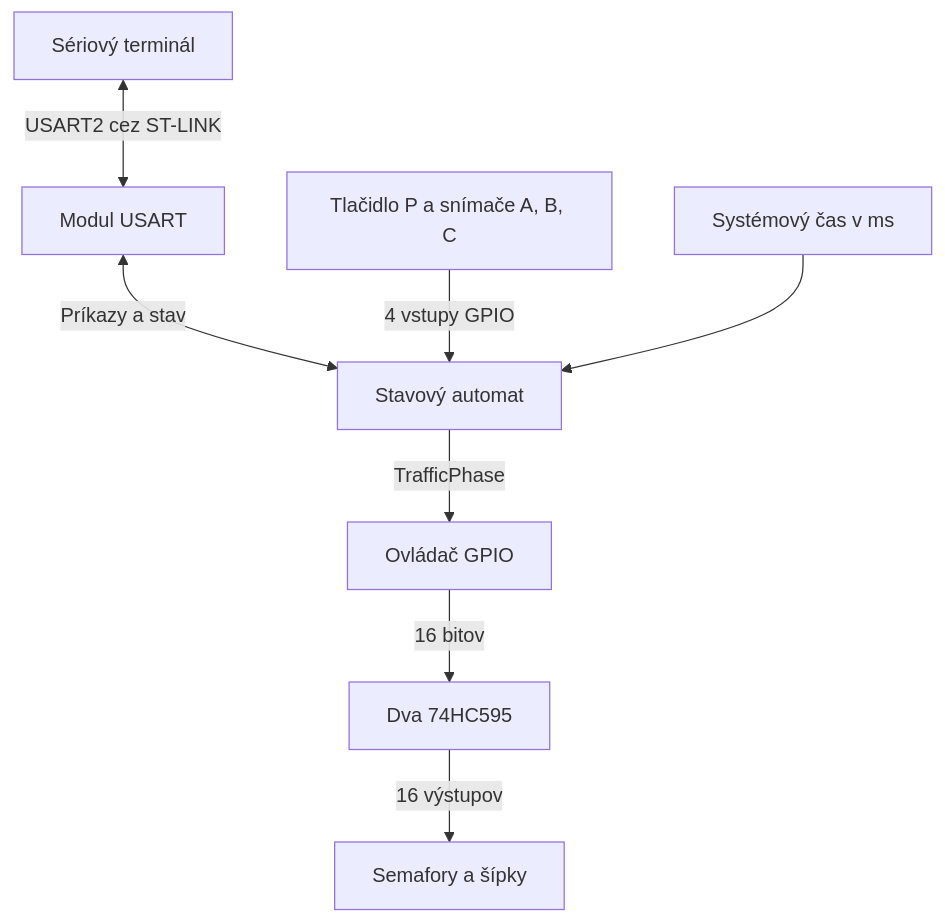
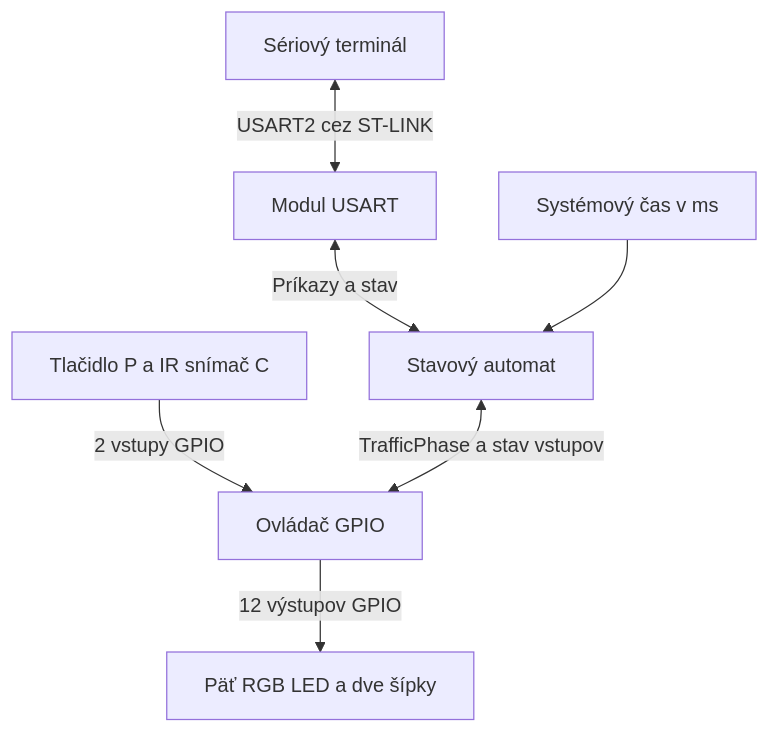
The diagram in README.md (xkuceram/VRS_T_krizovatka), drawn with Mermaid before and after one commit. The commit also changed other lines of this file and 16 other files, not shown here.

````diff
--- a/README.md
+++ b/README.md
@@ -80,10 +103,9 @@
 ```mermaid
 flowchart TD
     PC["Sériový terminál"] <-->|"USART2 cez ST-LINK"| USART["Modul USART"]
     USART <-->|"Príkazy a stav"| FSM["Stavový automat"]
-    IN["Tlačidlo P a snímače A, B, C"] -->|"4 vstupy GPIO"| FSM
+    IN["Tlačidlo P a IR snímač C"] -->|"2 vstupy GPIO"| GPIO
     TICK["Systémový čas v ms"] --> FSM
-    FSM -->|"TrafficPhase"| GPIO["Ovládač GPIO"]
-    GPIO -->|"16 bitov"| REG["Dva 74HC595"]
-    REG -->|"16 výstupov"| LED["Semafory a šípky"]
+    FSM <-->|"TrafficPhase a stav vstupov"| GPIO["Ovládač GPIO"]
+    GPIO -->|"12 výstupov GPIO"| LED["Päť RGB LED a dve šípky"]
 ```
````
